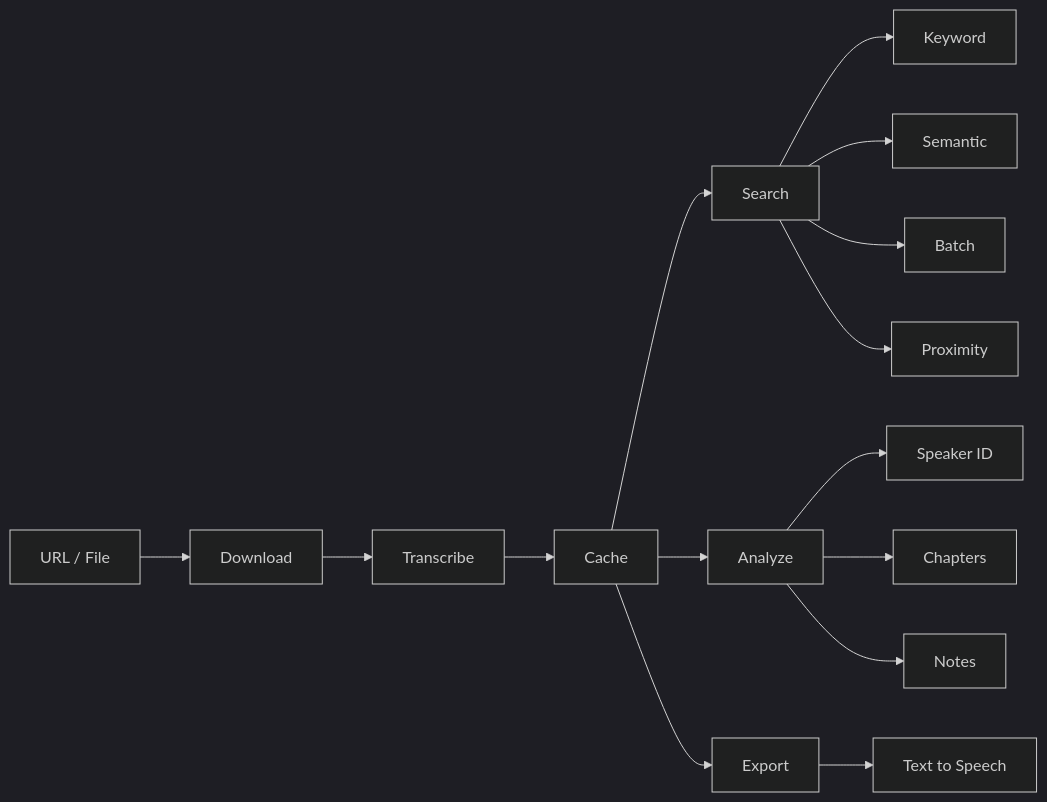
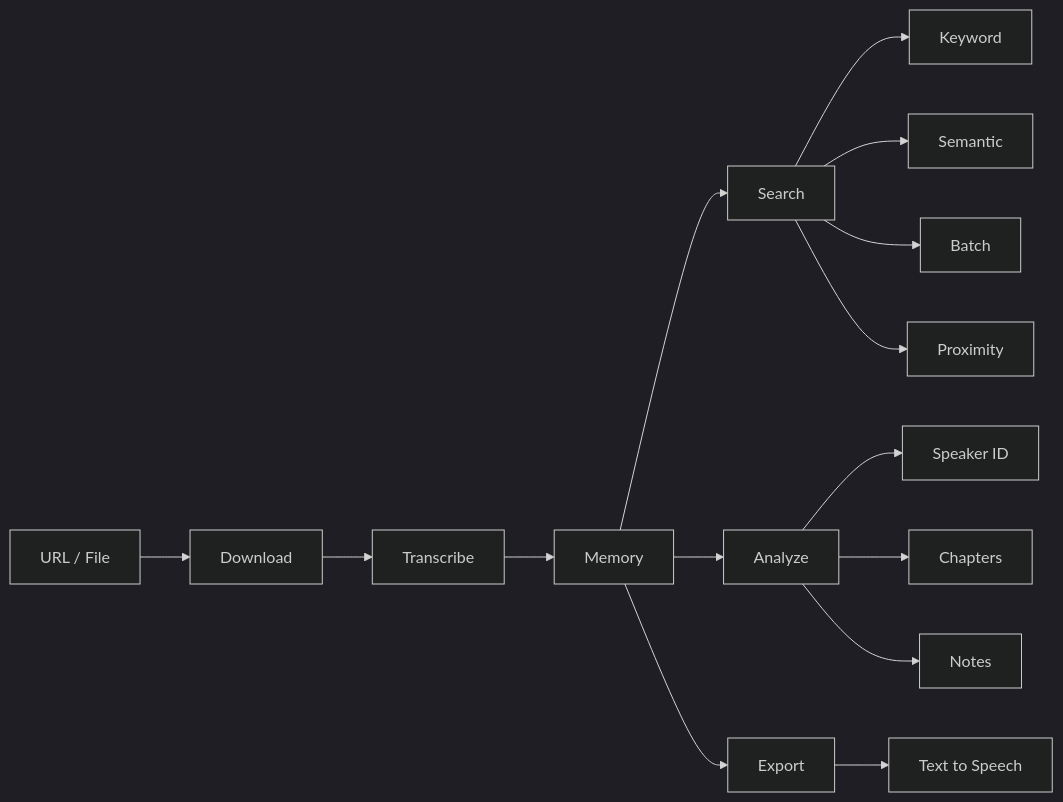
One commit to AugentDevs/Augent changed the diagram in README.md. Above: the diagram before and after it, drawn with Mermaid.

Commit message:
Fix mermaid diagram: Cache → Memory

````diff
--- a/README.md
+++ b/README.md
@@ -63,21 +63,21 @@
 ```mermaid
 %%{init: {'theme': 'dark'}}%%
 flowchart LR
     A["URL / File"] --> B["Download"]
     B --> C["Transcribe"]
-    C --> D["Cache"]
+    C --> D["Memory"]
     D --> E["Search"]
     D --> F["Analyze"]
     D --> G["Export"]
 
     E --> E1["Keyword"]
     E --> E2["Semantic"]
     E --> E3["Batch"]
     E --> E4["Proximity"]
 
     F --> F1["Speaker ID"]
     F --> F2["Chapters"]
     F --> F3["Notes"]
 
     G --> G1["Text to Speech"]
 ```
````
